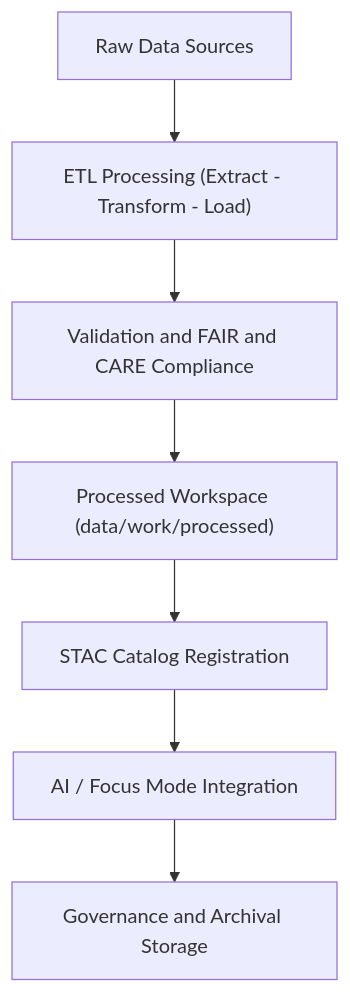
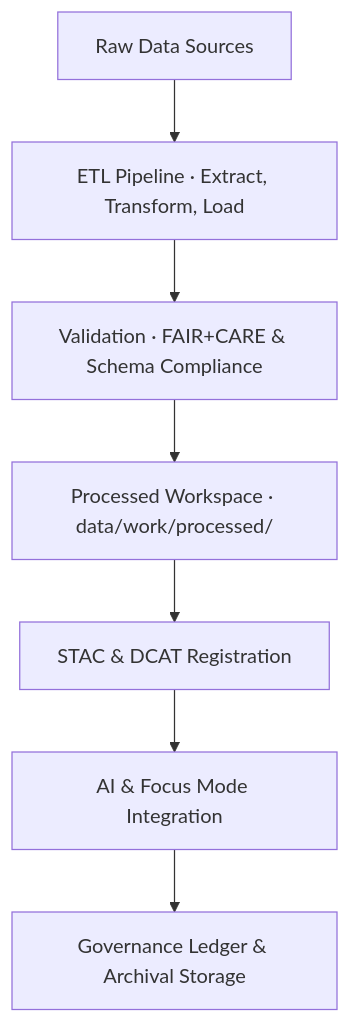
Before and after one commit to bartytime4life/Kansas-Frontier-Matrix: the diagram in data/README.md, drawn with Mermaid. The commit also changed other lines of this file, not shown here.

````diff
--- a/data/README.md
+++ b/data/README.md
@@ -106,9 +110,9 @@
 ```mermaid
 flowchart TD
-    A["Raw Data Sources"] --> B["ETL Processing (Extract - Transform - Load)"]
-    B --> C["Validation and FAIR and CARE Compliance"]
-    C --> D["Processed Workspace (data/work/processed)"]
-    D --> E["STAC Catalog Registration"]
-    E --> F["AI / Focus Mode Integration"]
-    F --> G["Governance and Archival Storage"]
+    A["Raw Data Sources"] --> B["ETL Pipeline · Extract, Transform, Load"]
+    B --> C["Validation · FAIR+CARE & Schema Compliance"]
+    C --> D["Processed Workspace · data/work/processed/"]
+    D --> E["STAC & DCAT Registration"]
+    E --> F["AI & Focus Mode Integration"]
+    F --> G["Governance Ledger & Archival Storage"]
 ```
````
